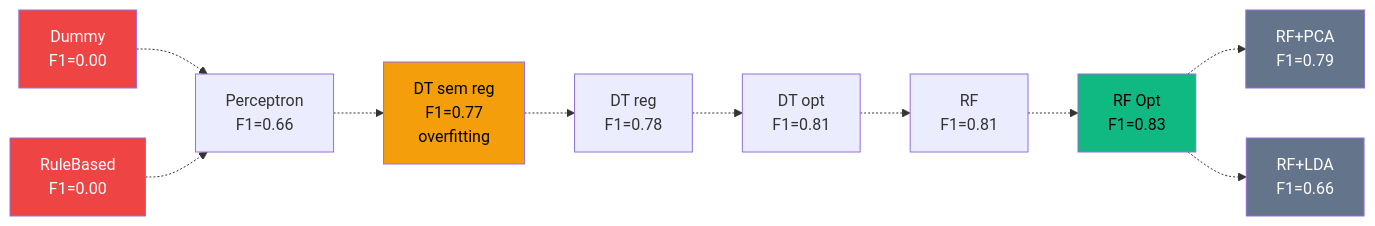
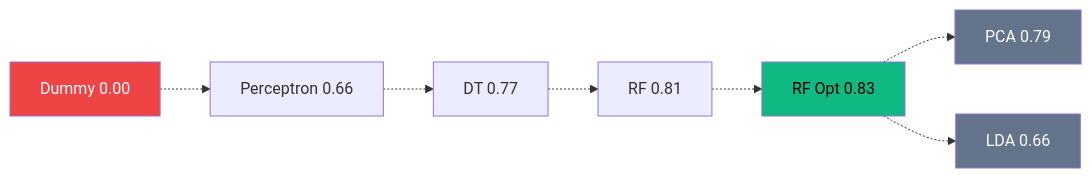
One commit to lararli/ml-classificacao-b2 changed the sixth of 6 diagrams in relatorio_tecnico.md. Above: the diagram before and after it, drawn with Mermaid. The commit also changed other lines of this file and 7 other files, not shown here.

````diff
--- a/relatorio_tecnico.md
+++ b/relatorio_tecnico.md
@@ -141,19 +261,10 @@
 ```mermaid
 flowchart LR
-    D["Dummy<br/>F1=0.00"] -.-> P["Perceptron<br/>F1=0.66"]
-    R["RuleBased<br/>F1=0.00"] -.-> P
-    P -.-> DT1["DT sem reg<br/>F1=0.77<br/>overfitting"]
-    DT1 -.-> DT2["DT reg<br/>F1=0.78"]
-    DT2 -.-> DT3["DT opt<br/>F1=0.81"]
-    DT3 -.-> RF1["RF<br/>F1=0.81"]
-    RF1 -.-> RF2["RF Opt<br/>F1=0.83"]
-    RF2 -.-> PCA["RF+PCA<br/>F1=0.79"]
-    RF2 -.-> LDA["RF+LDA<br/>F1=0.66"]
-
+    D[Dummy 0.00] -.-> P[Perceptron 0.66] -.-> DT[DT 0.77] -.-> RF[RF 0.81] -.-> RFO[RF Opt 0.83]
+    RFO -.-> PCA[PCA 0.79]
+    RFO -.-> LDA[LDA 0.66]
     style D fill:#ef4444,color:#fff
-    style R fill:#ef4444,color:#fff
-    style DT1 fill:#f59e0b,color:#000
-    style RF2 fill:#10b981,color:#000
+    style RFO fill:#10b981,color:#000
     style PCA fill:#64748b,color:#fff
     style LDA fill:#64748b,color:#fff
 ```
````
